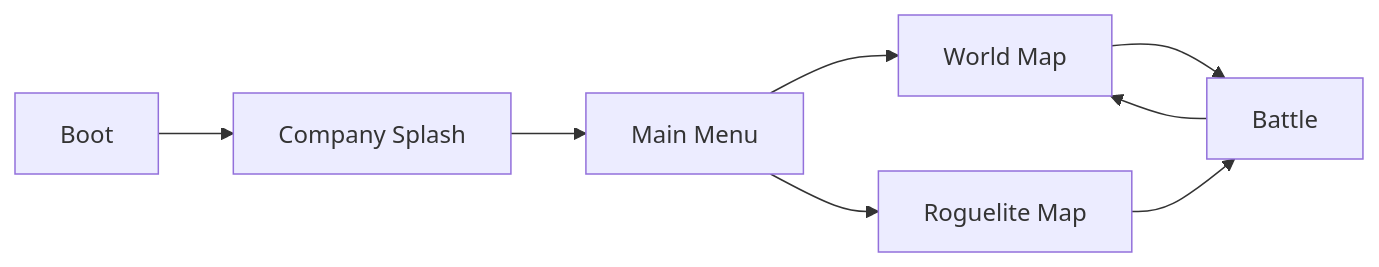
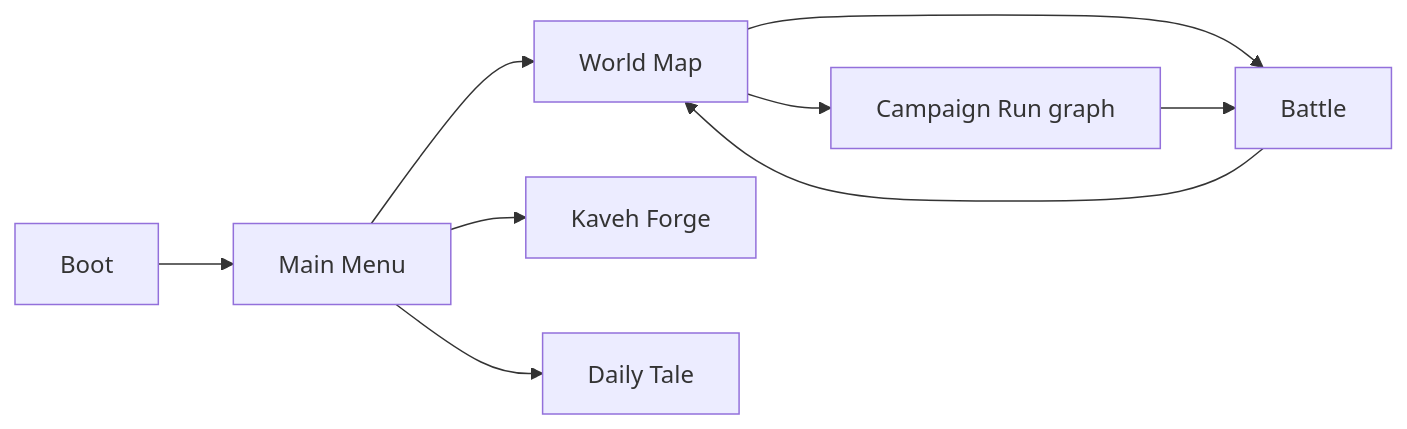
Before and after one commit to KingSajjad18676/seven-realm-td: the first of 4 diagrams in docs/engineering/handoff.md, drawn with Mermaid. The commit also changed other lines of this file and 18 other files, not shown here.

````diff
--- a/docs/engineering/handoff.md
+++ b/docs/engineering/handoff.md
@@ -36,10 +37,11 @@
 ```mermaid
 flowchart LR
-    Boot[Boot] --> Splash[Company Splash]
-    Splash --> Menu[Main Menu]
+    Boot[Boot] --> Menu[Main Menu]
     Menu --> World[World Map]
+    Menu --> Forge[Kaveh Forge]
+    Menu --> DailyTale[Daily Tale]
     World --> Battle[Battle]
+    World --> CampaignRun[Campaign Run graph]
+    CampaignRun --> Battle
     Battle --> World
-    Menu --> Roguelite[Roguelite Map]
-    Roguelite --> Battle
 ```
````
